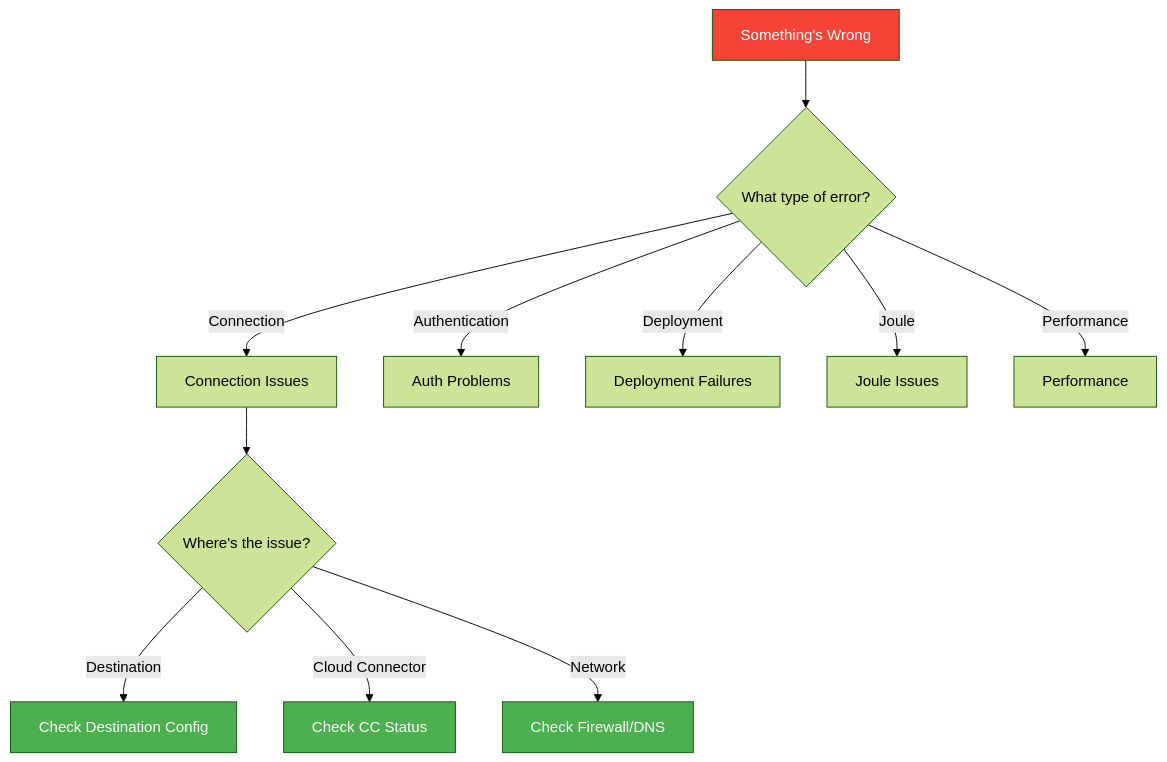
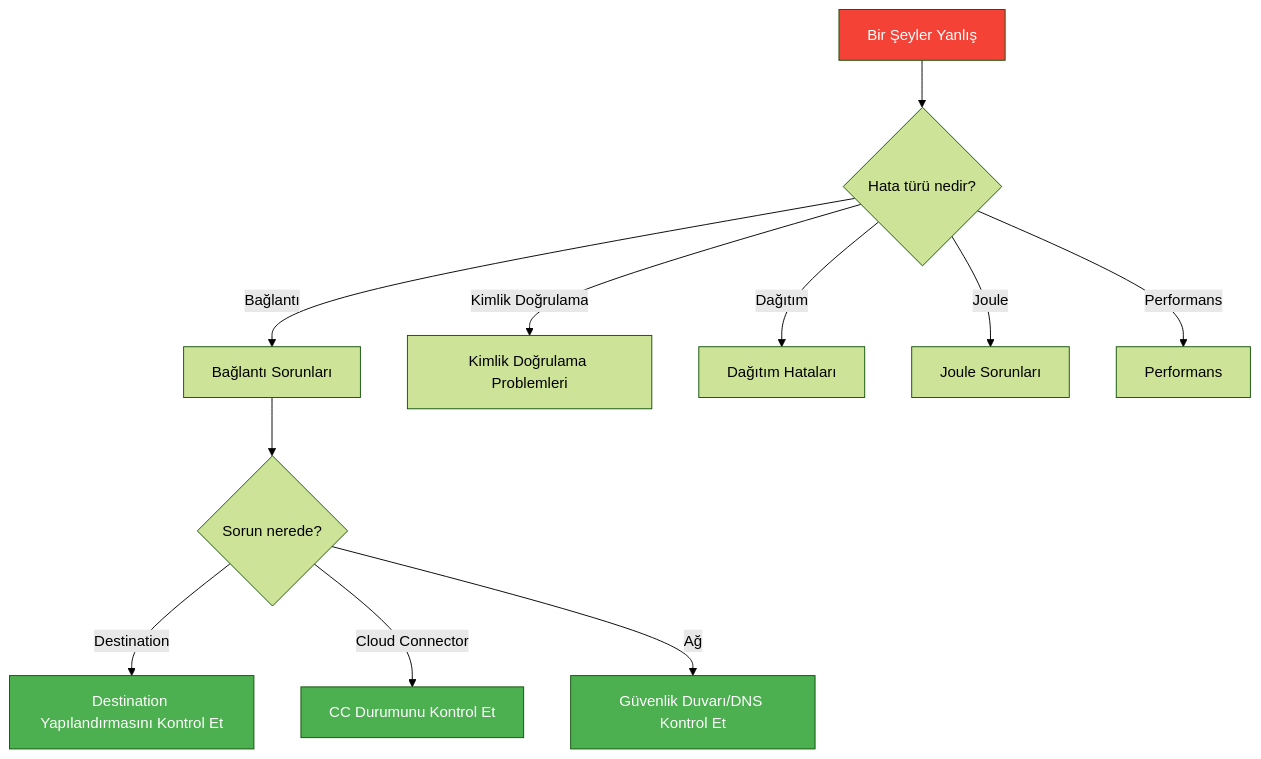
Before and after one commit to beyhanmeyrali/sap-all: the first of 9 diagrams in Technical Tutorials/BTP/TR/chapters/appendix-d-troubleshooting.md, drawn with Mermaid (forest theme). The commit also changed other lines of this file and 11 other files, not shown here.

````diff
--- a/Technical Tutorials/BTP/TR/chapters/appendix-d-troubleshooting.md
+++ b/Technical Tutorials/BTP/TR/chapters/appendix-d-troubleshooting.md
@@ -9,20 +9,20 @@
 ```mermaid
 flowchart TD
-    ERROR[Something's Wrong] --> TYPE{What type of error?}
+    ERROR[Bir Şeyler Yanlış] --> TYPE{Hata türü nedir?}
 
-    TYPE --> |"Connection"| CONN[Connection Issues]
-    TYPE --> |"Authentication"| AUTH[Auth Problems]
-    TYPE --> |"Deployment"| DEPLOY[Deployment Failures]
-    TYPE --> |"Joule"| JOULE[Joule Issues]
-    TYPE --> |"Performance"| PERF[Performance]
+    TYPE --> |"Bağlantı"| CONN[Bağlantı Sorunları]
+    TYPE --> |"Kimlik Doğrulama"| AUTH[Kimlik Doğrulama Problemleri]
+    TYPE --> |"Dağıtım"| DEPLOY[Dağıtım Hataları]
+    TYPE --> |"Joule"| JOULE[Joule Sorunları]
+    TYPE --> |"Performans"| PERF[Performans]
 
-    CONN --> CONN1{Where's the issue?}
-    CONN1 --> |"Destination"| D1[Check Destination Config]
-    CONN1 --> |"Cloud Connector"| D2[Check CC Status]
-    CONN1 --> |"Network"| D3[Check Firewall/DNS]
+    CONN --> CONN1{Sorun nerede?}
+    CONN1 --> |"Destination"| D1[Destination Yapılandırmasını Kontrol Et]
+    CONN1 --> |"Cloud Connector"| D2[CC Durumunu Kontrol Et]
+    CONN1 --> |"Ağ"| D3[Güvenlik Duvarı/DNS Kontrol Et]
 
     style ERROR fill:#f44336,color:white
     style D1 fill:#4CAF50,color:white
     style D2 fill:#4CAF50,color:white
     style D3 fill:#4CAF50,color:white
 ```
````
